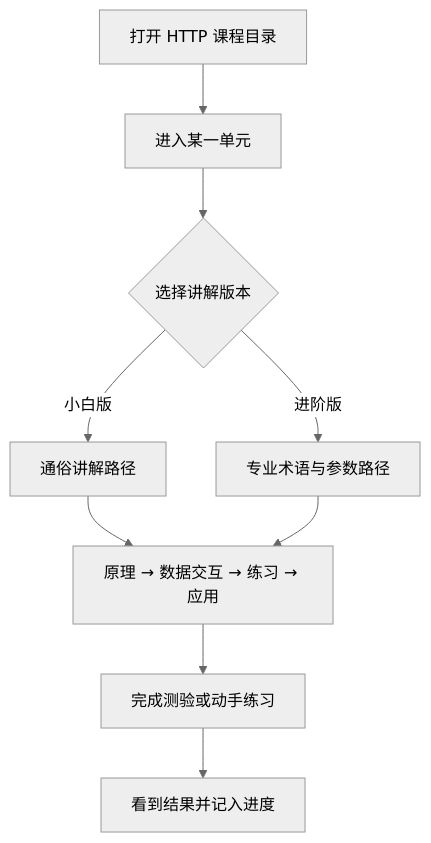
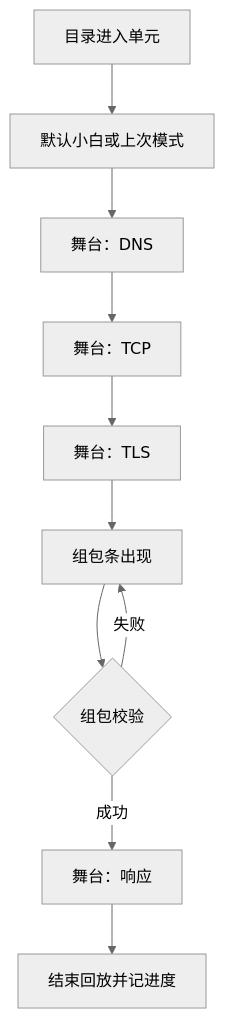
Before and after one commit to Izelzzz/interactive-tech-learning: the diagram in docs/HTTP交互式学习-产品规格.md, drawn with Mermaid (neutral theme). The commit also changed other lines of this file, not shown here.

Commit message:
docs: 重写 HTTP 产品规格（信息架构与极简 UI）

````diff
--- a/docs/HTTP交互式学习-产品规格.md
+++ b/docs/HTTP交互式学习-产品规格.md
@@ -28,11 +92,12 @@
 ```mermaid
 flowchart TD
-  A[打开 HTTP 课程目录] --> B[进入某一单元]
-  B --> C{选择讲解版本}
-  C -->|小白版| D[通俗讲解路径]
-  C -->|进阶版| E[专业术语与参数路径]
-  D --> F[原理 → 数据交互 → 练习 → 应用]
-  E --> F
-  F --> G[完成测验或动手练习]
-  G --> H[看到结果并记入进度]
+  A[目录进入单元] --> B[默认小白或上次模式]
+  B --> C[舞台：DNS]
+  C --> D[舞台：TCP]
+  D --> E[舞台：TLS]
+  E --> F[组包条出现]
+  F --> G{组包校验}
+  G -->|失败| F
+  G -->|成功| H[舞台：响应]
+  H --> I[结束回放并记进度]
 ```
````
